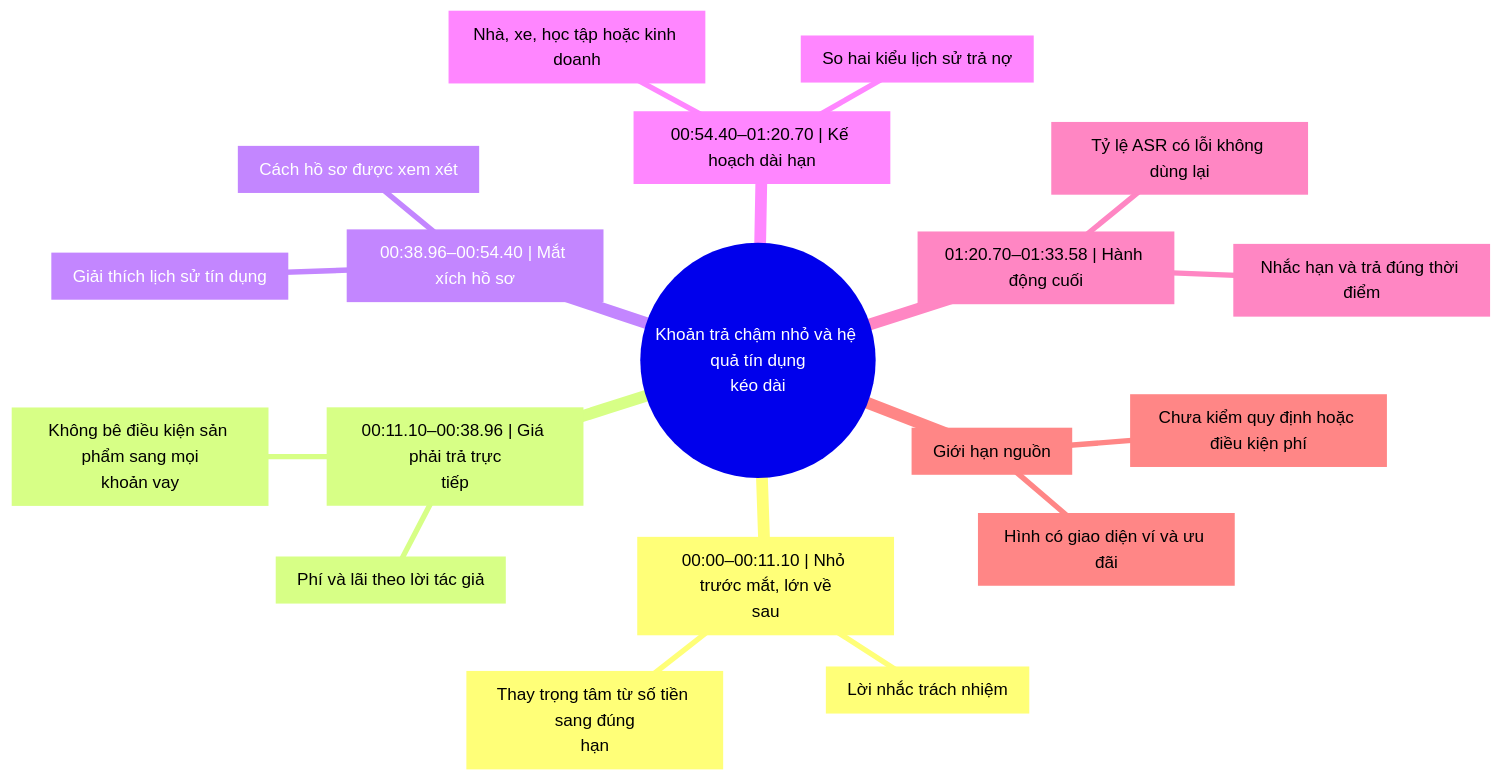
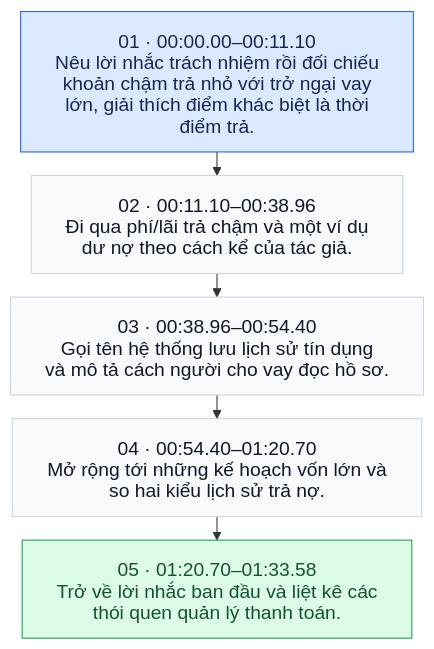
One commit to vilo0411/hook-script-kit changed the diagram in skills/hook-script/references/corpus/cases/7672379979208035605.md. Above: the diagram before and after it, drawn with Mermaid. The commit also changed other lines of this file and 103 other files, not shown here.

Commit message:
Diversify Vietnamese clip sources and replace radial maps with story flows

````diff
--- a/skills/hook-script/references/corpus/cases/7672379979208035605.md
+++ b/skills/hook-script/references/corpus/cases/7672379979208035605.md
@@ -130,22 +17,19 @@
 ```mermaid
-mindmap
-  root((Khoản trả chậm nhỏ và hệ quả tín dụng<br/>kéo dài))
-    b0["00:00–00:11.10 | Nhỏ trước mắt, lớn về<br/>sau"]
-      b0c0["Lời nhắc trách nhiệm"]
-      b0c1["Thay trọng tâm từ số tiền sang đúng<br/>hạn"]
-    b1["00:11.10–00:38.96 | Giá phải trả trực<br/>tiếp"]
-      b1c0["Phí và lãi theo lời tác giả"]
-      b1c1["Không bê điều kiện sản phẩm sang mọi<br/>khoản vay"]
-    b2["00:38.96–00:54.40 | Mắt xích hồ sơ"]
-      b2c0["Giải thích lịch sử tín dụng"]
-      b2c1["Cách hồ sơ được xem xét"]
-    b3["00:54.40–01:20.70 | Kế hoạch dài hạn"]
-      b3c0["Nhà, xe, học tập hoặc kinh doanh"]
-      b3c1["So hai kiểu lịch sử trả nợ"]
-    b4["01:20.70–01:33.58 | Hành động cuối"]
-      b4c0["Nhắc hạn và trả đúng thời điểm"]
-      b4c1["Tỷ lệ ASR có lỗi không dùng lại"]
-    b5["Giới hạn nguồn"]
-      b5c0["Hình có giao diện ví và ưu đãi"]
-      b5c1["Chưa kiểm quy định hoặc điều kiện phí"]
+%%{init: {"htmlLabels": false, "themeVariables": {"fontSize": "18px"}, "flowchart": {"padding": 16, "rankSpacing": 22, "wrappingWidth": 360}}}%%
+flowchart TD
+  n0["01 · 00:00.00–00:11.10<br/>Nêu lời nhắc trách nhiệm rồi đối chiếu<br/>khoản chậm trả nhỏ với trở ngại vay<br/>lớn, giải thích điểm khác biệt là thời<br/>điểm trả."]
+  n1["02 · 00:11.10–00:38.96<br/>Đi qua phí/lãi trả chậm và một ví dụ<br/>dư nợ theo cách kể của tác giả."]
+  n0 --> n1
+  n2["03 · 00:38.96–00:54.40<br/>Gọi tên hệ thống lưu lịch sử tín dụng<br/>và mô tả cách người cho vay đọc hồ sơ."]
+  n1 --> n2
+  n3["04 · 00:54.40–01:20.70<br/>Mở rộng tới những kế hoạch vốn lớn và<br/>so hai kiểu lịch sử trả nợ."]
+  n2 --> n3
+  n4["05 · 01:20.70–01:33.58<br/>Trở về lời nhắc ban đầu và liệt kê các<br/>thói quen quản lý thanh toán."]
+  n3 --> n4
+  classDef phase fill:#F8FAFC,stroke:#CBD5E1,color:#0F172A,font-size:18px;
+  classDef opening fill:#DBEAFE,stroke:#2563EB,color:#172554,font-size:18px;
+  classDef ending fill:#DCFCE7,stroke:#16A34A,color:#14532D,font-size:18px;
+  class n0,n1,n2,n3,n4 phase;
+  class n0 opening;
+  class n4 ending;
 ```
````
